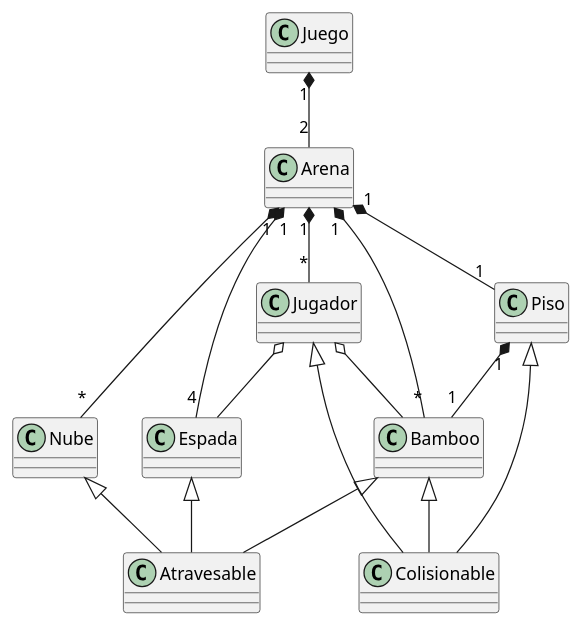
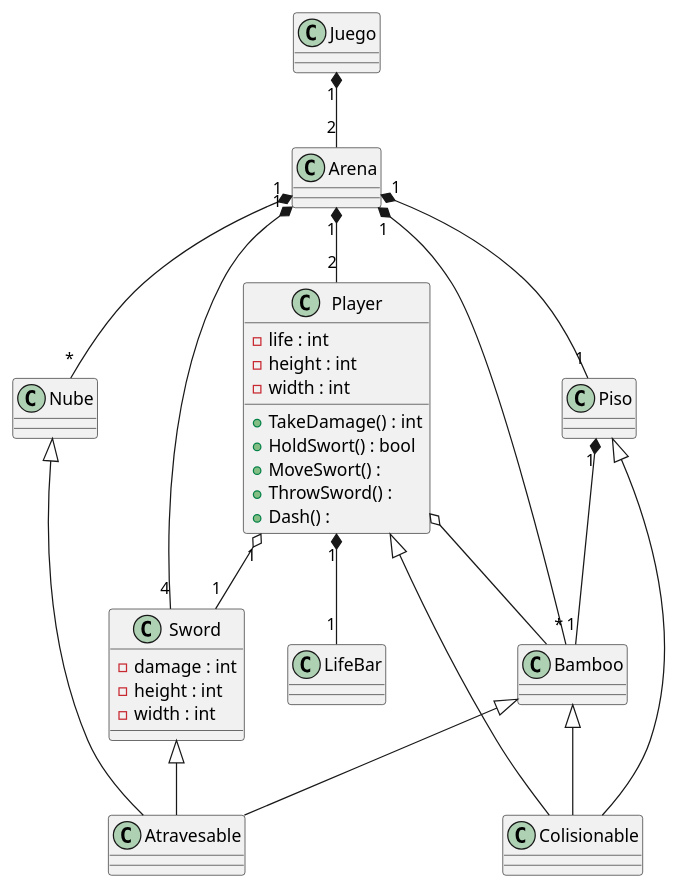
Before and after one commit to GustavoFern/Spadotas: the diagram in docs/Spadotas.puml, drawn with PlantUML.

Commit message:
v.1.0.1 "Modificacion de UML"

```diff
--- a/docs/Spadotas.puml
+++ b/docs/Spadotas.puml
@@ -1,57 +1,70 @@
 @startuml espaditas
 
 class Juego{
 
 }
-class Jugador{
+class LifeBar{
 
 }
-class Espada{
-
+class Player{
+    -life : int
+    -height : int
+    -width : int
+    +TakeDamage() : int
+    +HoldSwort() : bool
+    +MoveSwort() :
+    +ThrowSword() : 
+    +Dash() :
+}
+class Sword{
+    -damage : int
+    -height : int
+    -width : int
 }
 class Arena{
 
 }
 class Bamboo{
 
 }
 class Colisionable{
 
 }
 class Atravesable{
 
 }
 class Piso{
 
 }
 class Nube{
-    
+
 }
 
 
 
 Juego "1" *--  "2" Arena
 
 
 Arena "1" *-- "*" Bamboo
 Arena "1" *-- "*" Nube
-Arena "1" *-- "4" Espada
+Arena "1" *-- "4" Sword
 Arena "1" *-- "1" Piso
-Arena "1" *-- "*" Jugador
+Arena "1" *-- "2" Player
 Piso "1" *-- "1" Bamboo
 
 
-Jugador o-- Bamboo
-Jugador  o-- Espada
+Player o-- Bamboo
+Player "1" o-- "1" Sword
+Player "1" *-- "1" LifeBar
 
 
 Bamboo <|-- Atravesable
 Nube <|-- Atravesable
-Espada <|-- Atravesable
+Sword <|-- Atravesable
 
-Jugador <|-- Colisionable
+Player <|-- Colisionable
 Bamboo <|-- Colisionable
 Piso <|-- Colisionable
 
 
 @enduml
```
